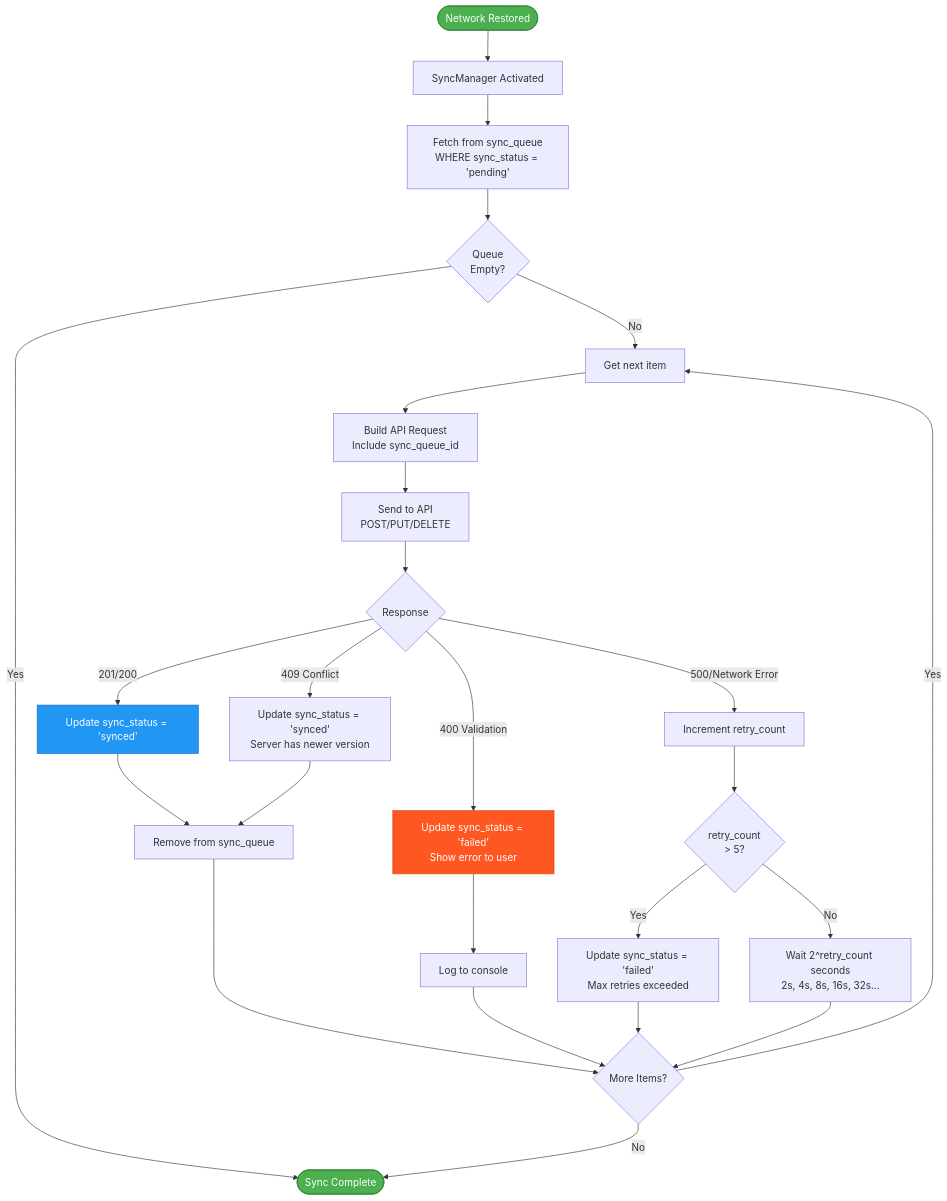
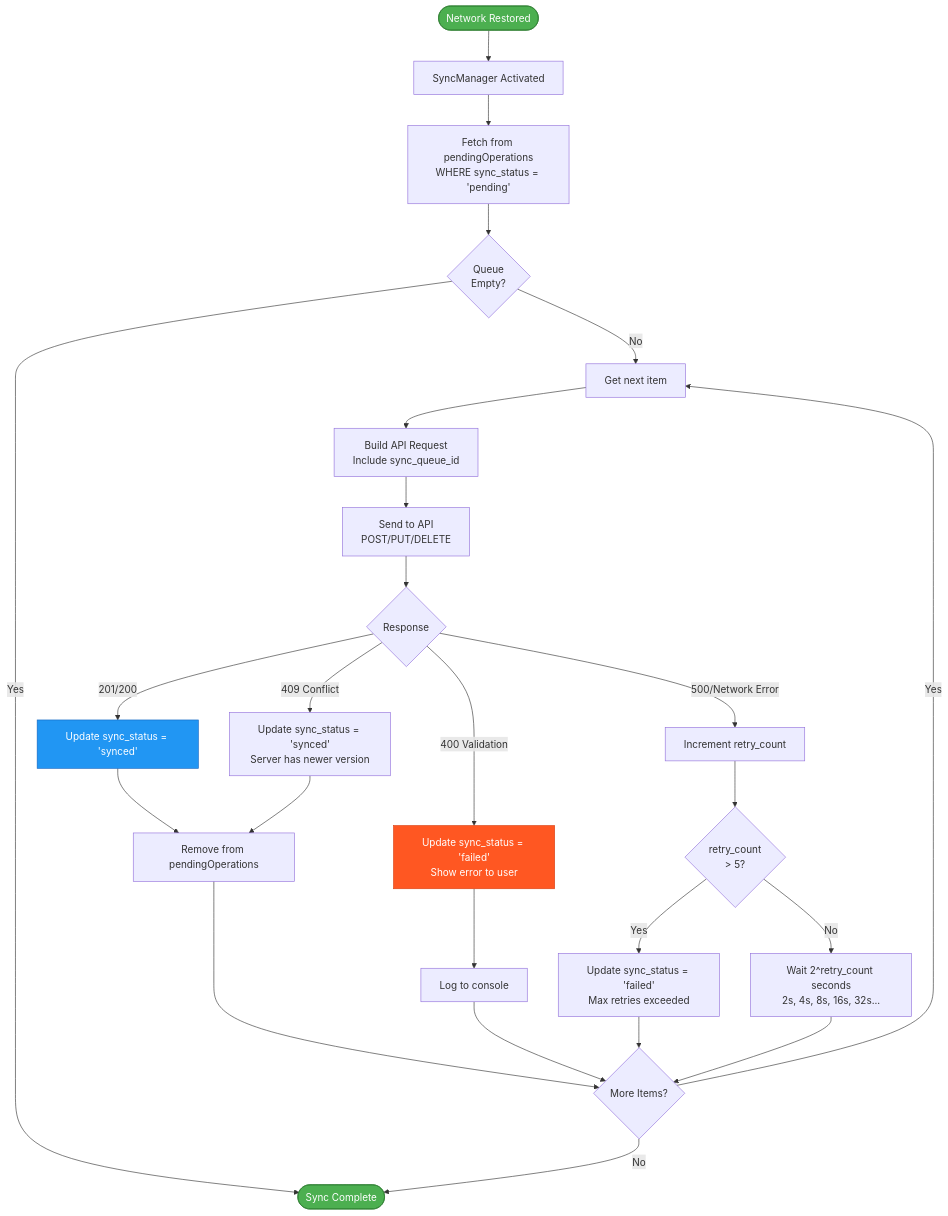
The third of 7 diagrams in docs/diagrams/09-offline-architecture.md (ikeniborn/familyBudget), drawn with Mermaid before and after one commit. The commit also changed other lines of this file and 9 other files, not shown here.

First line of the commit message:
fix(docs/diagrams): correct critical data errors (priority 1)

````diff
--- a/docs/diagrams/09-offline-architecture.md
+++ b/docs/diagrams/09-offline-architecture.md
@@ -141,45 +184,45 @@
 ```mermaid
 flowchart TB
     Start([Network Restored]) --> SyncManager[SyncManager Activated]
 
-    SyncManager --> FetchQueue[Fetch from sync_queue<br/>WHERE sync_status = 'pending']
+    SyncManager --> FetchQueue[Fetch from pendingOperations<br>WHERE sync_status = 'pending']
 
-    FetchQueue --> HasItems{Queue<br/>Empty?}
+    FetchQueue --> HasItems{Queue<br>Empty?}
     HasItems -->|Yes| Complete([Sync Complete])
     HasItems -->|No| NextItem[Get next item]
 
-    NextItem --> BuildRequest[Build API Request<br/>Include sync_queue_id]
+    NextItem --> BuildRequest[Build API Request<br>Include sync_queue_id]
 
-    BuildRequest --> SendAPI[Send to API<br/>POST/PUT/DELETE]
+    BuildRequest --> SendAPI[Send to API<br>POST/PUT/DELETE]
 
     SendAPI --> APIResponse{Response}
 
     APIResponse -->|201/200| Success[Update sync_status = 'synced']
-    Success --> RemoveQueue[Remove from sync_queue]
+    Success --> RemoveQueue[Remove from pendingOperations]
     RemoveQueue --> MoreItems
 
-    APIResponse -->|409 Conflict| AlreadySynced[Update sync_status = 'synced'<br/>Server has newer version]
+    APIResponse -->|409 Conflict| AlreadySynced[Update sync_status = 'synced'<br>Server has newer version]
     AlreadySynced --> RemoveQueue
 
-    APIResponse -->|400 Validation| ValidationError[Update sync_status = 'failed'<br/>Show error to user]
+    APIResponse -->|400 Validation| ValidationError[Update sync_status = 'failed'<br>Show error to user]
     ValidationError --> LogError[Log to console]
     LogError --> MoreItems
 
     APIResponse -->|500/Network Error| IncrementRetry[Increment retry_count]
-    IncrementRetry --> CheckRetries{retry_count<br/>> 5?}
+    IncrementRetry --> CheckRetries{retry_count<br>> 5?}
 
-    CheckRetries -->|Yes| MarkFailed[Update sync_status = 'failed'<br/>Max retries exceeded]
+    CheckRetries -->|Yes| MarkFailed[Update sync_status = 'failed'<br>Max retries exceeded]
     MarkFailed --> MoreItems
 
-    CheckRetries -->|No| ExponentialBackoff[Wait 2^retry_count seconds<br/>2s, 4s, 8s, 16s, 32s...]
+    CheckRetries -->|No| ExponentialBackoff[Wait 2^retry_count seconds<br>2s, 4s, 8s, 16s, 32s...]
     ExponentialBackoff --> MoreItems
 
     MoreItems{More Items?}
     MoreItems -->|Yes| NextItem
     MoreItems -->|No| Complete
 
     style Start fill:#4CAF50,stroke:#2E7D32,color:#fff
     style Complete fill:#4CAF50,stroke:#2E7D32,color:#fff
     style Success fill:#2196F3,stroke:#1565C0,color:#fff
     style ValidationError fill:#FF5722,stroke:#D84315,color:#fff
 ```
````
